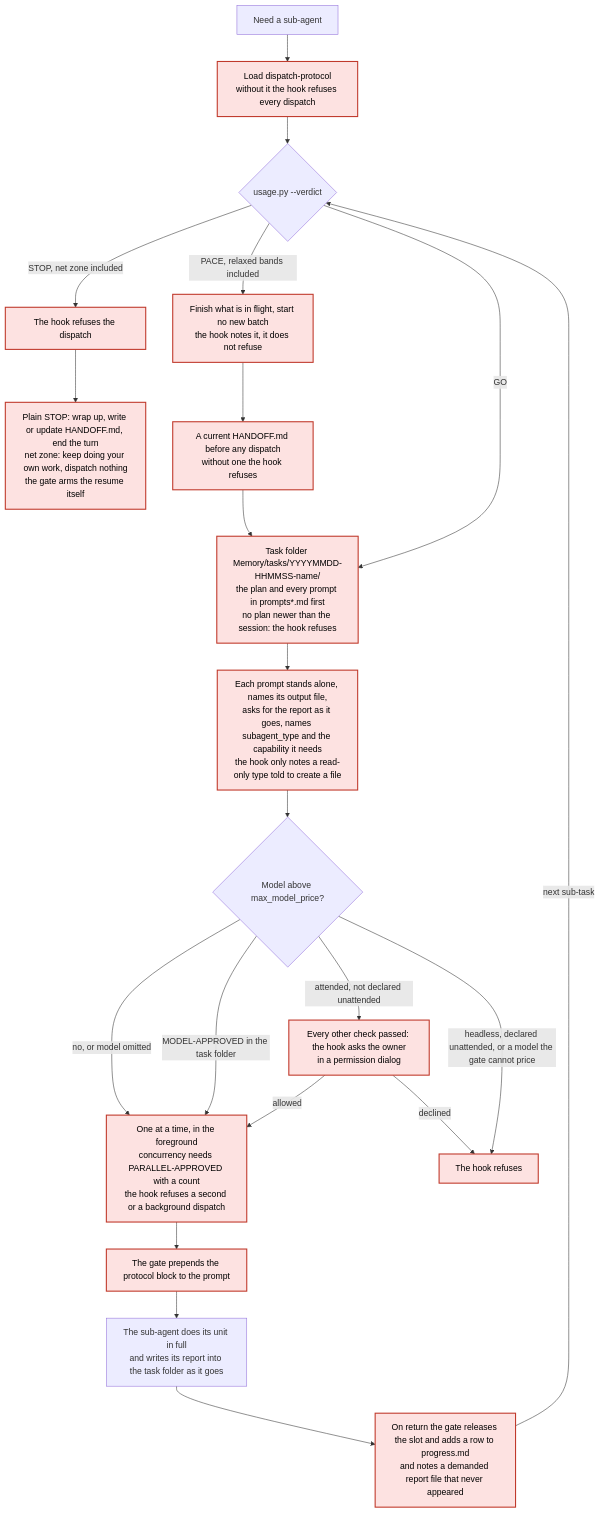
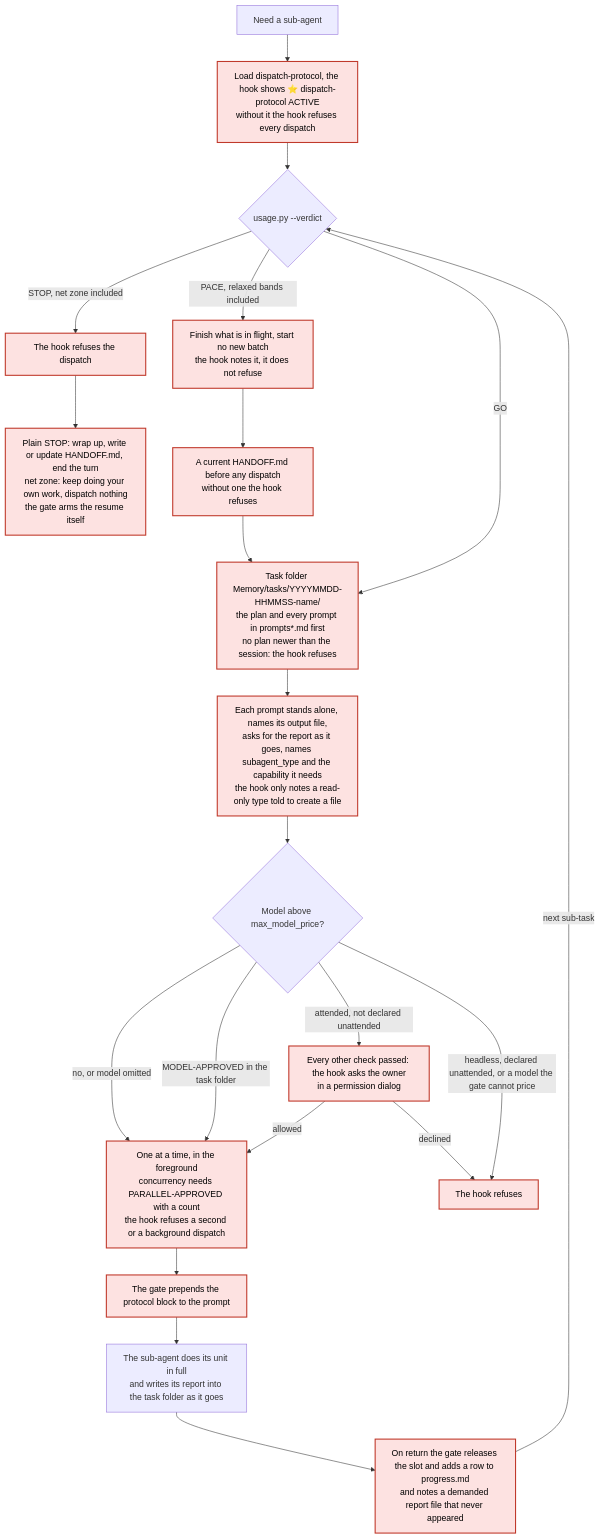
One commit to Dino9021/dispatch-guard changed the fourth of 6 diagrams in README.md. Above: the diagram before and after it, drawn with Mermaid. The commit also changed other lines of this file and 9 other files, not shown here.

````diff
--- a/README.md
+++ b/README.md
@@ -1842,25 +1848,25 @@
 ```mermaid
 flowchart TD
-  needAgent["Need a sub-agent"] --> loadProtocol["Load dispatch-protocol<br/>without it the hook refuses every dispatch"]
+  needAgent["Need a sub-agent"] --> loadProtocol["Load dispatch-protocol, the hook shows ⭐ dispatch-protocol ACTIVE<br/>without it the hook refuses every dispatch"]
   loadProtocol --> verdict{"usage.py --verdict"}
   verdict -->|"STOP, net zone included"| stopRefused["The hook refuses the dispatch"]
   stopRefused --> stopWrapUp["Plain STOP: wrap up, write or update HANDOFF.md, end the turn<br/>net zone: keep doing your own work, dispatch nothing<br/>the gate arms the resume itself"]
   verdict -->|"PACE, relaxed bands included"| paceInFlight["Finish what is in flight, start no new batch<br/>the hook notes it, it does not refuse"]
   paceInFlight --> paceHandoff["A current HANDOFF.md before any dispatch<br/>without one the hook refuses"]
   verdict -->|"GO"| planOnDisk
   paceHandoff --> planOnDisk["Task folder Memory/tasks/YYYYMMDD-HHMMSS-name/<br/>the plan and every prompt in prompts*.md first<br/>no plan newer than the session: the hook refuses"]
   planOnDisk --> everyPrompt["Each prompt stands alone, names its output file,<br/>asks for the report as it goes, names subagent_type and the capability it needs<br/>the hook only notes a read-only type told to create a file"]
   everyPrompt --> modelCheck{"Model above max_model_price?"}
   modelCheck -->|"no, or model omitted"| singleDispatch
   modelCheck -->|"MODEL-APPROVED in the task folder"| singleDispatch
   modelCheck -->|"attended, not declared unattended"| dialogToOwner["Every other check passed: the hook asks the owner<br/>in a permission dialog"]
   modelCheck -->|"headless, declared unattended, or a model the gate cannot price"| modelRefused["The hook refuses"]
   dialogToOwner -->|"allowed"| singleDispatch["One at a time, in the foreground<br/>concurrency needs PARALLEL-APPROVED with a count<br/>the hook refuses a second or a background dispatch"]
   dialogToOwner -->|"declined"| modelRefused
   singleDispatch --> prependBlock["The gate prepends the protocol block to the prompt"]
   prependBlock --> subAgentWork["The sub-agent does its unit in full<br/>and writes its report into the task folder as it goes"]
   subAgentWork --> afterReturn["On return the gate releases the slot and adds a row to progress.md<br/>and notes a demanded report file that never appeared"]
   afterReturn -->|"next sub-task"| verdict
   class loadProtocol,stopRefused,stopWrapUp,paceInFlight,paceHandoff,planOnDisk,everyPrompt,dialogToOwner,modelRefused,singleDispatch,prependBlock,afterReturn gate
   classDef gate fill:#fde2e1,stroke:#c0392b,stroke-width:2px,color:#000
 ```
````
